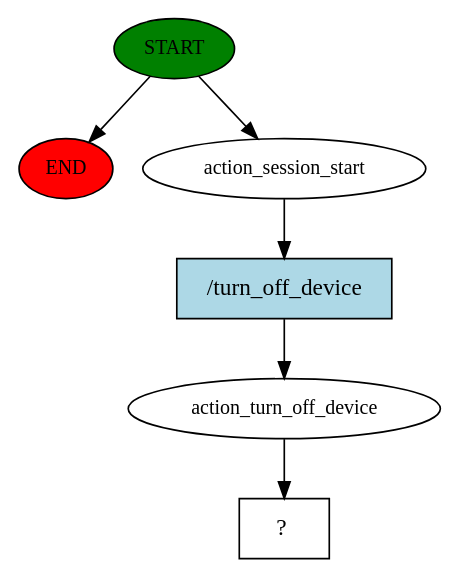
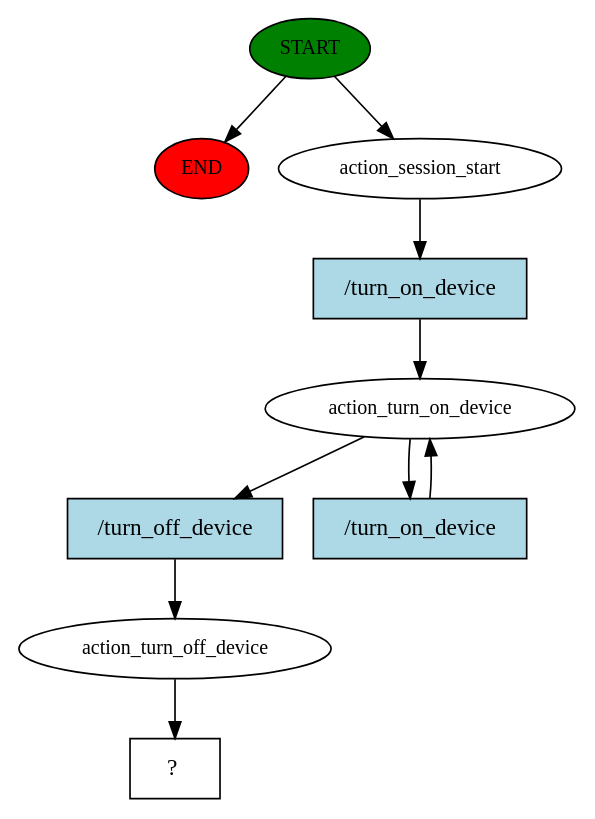
One commit to hossamhasanin/MrMoonSmartHome changed the diagram in story_graph.dot. Above: the diagram before and after it, drawn with Graphviz. The commit also changed 13 other files, not shown here.

Commit message:
fixed some issues in turn on/off action and implemented the change color action not tested yet

```diff
--- a/story_graph.dot
+++ b/story_graph.dot
@@ -1,13 +1,20 @@
 digraph  {
 0 [class="start active", fillcolor=green, fontsize=12, label=START, style=filled];
 "-1" [class=end, fillcolor=red, fontsize=12, label=END, style=filled];
 1 [class=active, fontsize=12, label=action_session_start];
-2 [class=active, fontsize=12, label=action_turn_off_device];
-3 [class="intent dashed active", label="  ?  ", shape=rect];
-4 [class="intent active", fillcolor=lightblue, label="/turn_off_device", shape=rect, style=filled];
+2 [class=active, fontsize=12, label=action_turn_on_device];
+4 [class=active, fontsize=12, label=action_turn_off_device];
+5 [class="intent dashed active", label="  ?  ", shape=rect];
+6 [class="intent active", fillcolor=lightblue, label="/turn_on_device", shape=rect, style=filled];
+7 [class="intent active", fillcolor=lightblue, label="/turn_off_device", shape=rect, style=filled];
+8 [class="intent active", fillcolor=lightblue, label="/turn_on_device", shape=rect, style=filled];
 0 -> "-1"  [class="", key=NONE, label=""];
 0 -> 1  [class=active, key=NONE, label=""];
-1 -> 4  [class=active, key=0];
-2 -> 3  [class=active, key=NONE, label=""];
-4 -> 2  [class=active, key=0];
+1 -> 6  [class=active, key=0];
+2 -> 7  [class=active, key=0];
+2 -> 8  [class=active, key=0];
+4 -> 5  [class=active, key=NONE, label=""];
+6 -> 2  [class=active, key=0];
+7 -> 4  [class=active, key=0];
+8 -> 2  [class=active, key=0];
 }
```
